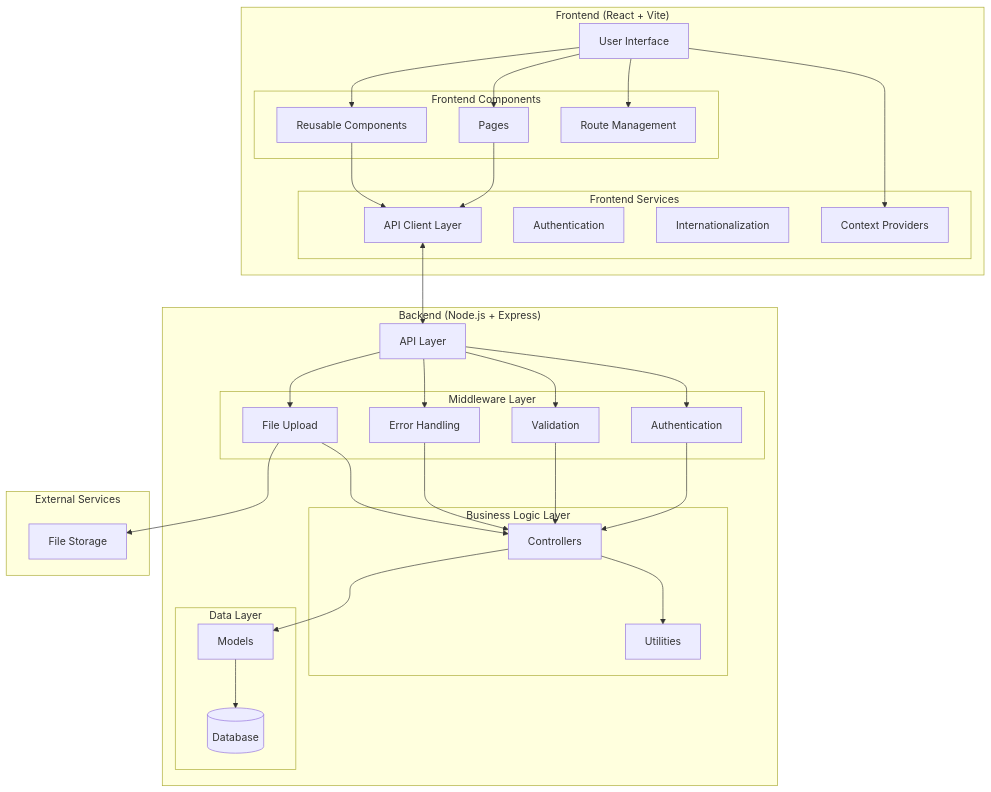
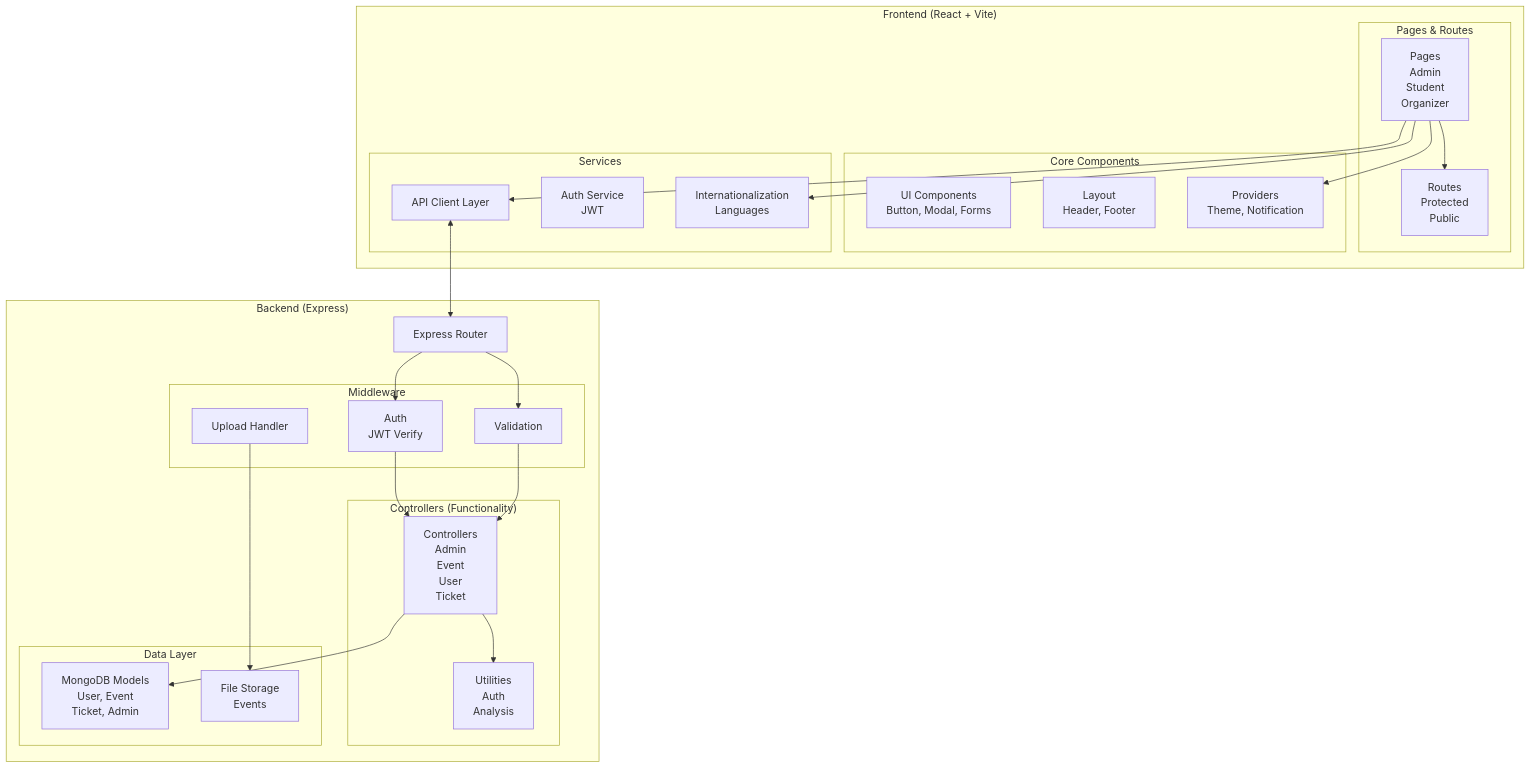
One commit to GAROLF05/The_Flemmards-SOEN341_Project_F25 changed the diagram in docs/System Architecture.md. Above: the diagram before and after it, drawn with Mermaid.

Commit message:
Updated the system's architecture block diagram
Added more details to make the block diagram better reflect the implementation/organization of our code.

````diff
--- a/docs/System Architecture.md
+++ b/docs/System Architecture.md
@@ -1,60 +1,54 @@
 ```mermaid
 graph TB
     subgraph "Frontend (React + Vite)"
-        UI[User Interface]
-        subgraph "Frontend Components"
-            Pages[Pages]
-            Components[Reusable Components]
-            Routes[Route Management]
+        subgraph "Pages & Routes"
+            Pages[Pages<br/>Admin<br/>Student<br/>Organizer]
+            Routes[Routes<br/>Protected<br/>Public]
+            Pages --> Routes
         end
-        subgraph "Frontend Services"
-            APIClient[API Client Layer]
-            Auth[Authentication]
-            i18n[Internationalization]
-            Context[Context Providers]
+
+        subgraph "Core Components"
+            UI[UI Components<br/>Button, Modal, Forms]
+            Layout[Layout<br/>Header, Footer]
+            Context[Providers<br/>Theme, Notification]
         end
-        UI --> Pages
-        UI --> Components
-        UI --> Routes
-        Pages --> APIClient
-        Components --> APIClient
-        UI --> Context
+
+        subgraph "Services"
+            API_Client[API Client Layer]
+            Auth[Auth Service<br/>JWT]
+            I18N[Internationalization<br/>Languages]
+        end
+
+        Pages --> API_Client
+        Pages --> Context
+        Pages --> I18N
     end
 
-    subgraph "Backend (Node.js + Express)"
-        API[API Layer]
-        subgraph "Middleware Layer"
-            AuthMW[Authentication]
-            ValidateMW[Validation]
-            ErrorMW[Error Handling]
-            UploadMW[File Upload]
+    subgraph "Backend (Express)"
+        Router[Express Router]
+
+        subgraph "Middleware"
+            Auth_MW[Auth<br/>JWT Verify]
+            Valid_MW[Validation]
+            Upload_MW[Upload Handler]
         end
-        subgraph "Business Logic Layer"
-            Controllers[Controllers]
-            Utils[Utilities]
+
+        subgraph "Controllers (Functionality)"
+            Controllers[Controllers<br/>Admin<br/>Event<br/>User<br/>Ticket]
+            Utils[Utilities<br/>Auth<br/>Analysis]
         end
+
         subgraph "Data Layer"
-            Models[Models]
-            DB[(Database)]
+            Models[MongoDB Models<br/>User, Event<br/>Ticket, Admin]
+            Storage[File Storage<br/>Events]
         end
-        API --> AuthMW
-        API --> ValidateMW
-        API --> ErrorMW
-        API --> UploadMW
-        AuthMW --> Controllers
-        ValidateMW --> Controllers
-        ErrorMW --> Controllers
-        UploadMW --> Controllers
-        Controllers --> Models
-        Models --> DB
-        Controllers --> Utils
+
+        Router --> Auth_MW & Valid_MW
+        Auth_MW & Valid_MW --> Controllers
+        Controllers --> Models & Utils
+        Upload_MW --> Storage
     end
 
-    APIClient <--> API
+    API_Client <--> Router
 
-    subgraph "External Services"
-        FileStorage[File Storage]
-    end
-    
-    UploadMW --> FileStorage
 ```
````
